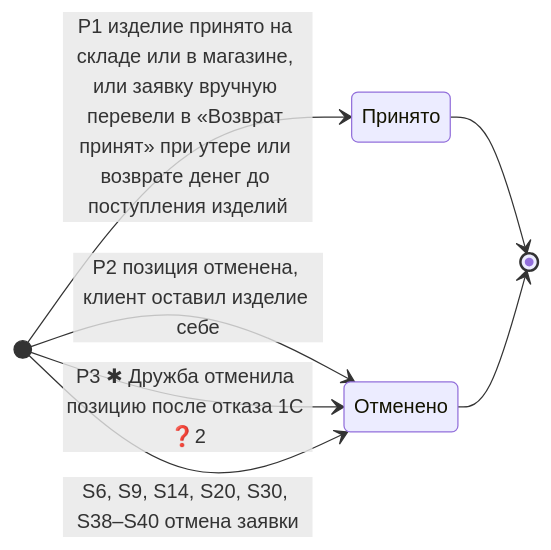
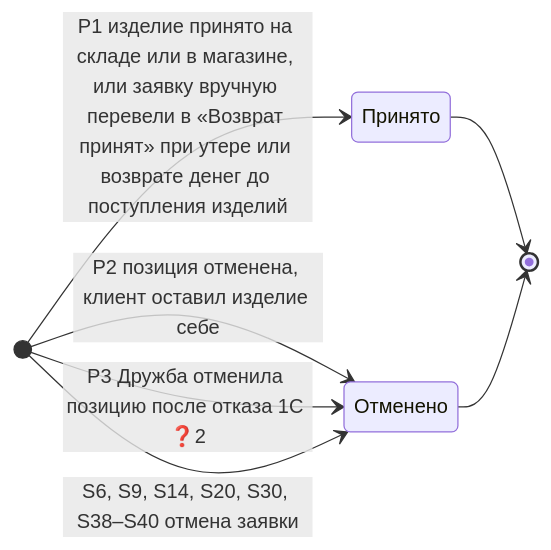
One commit to Terinss155/opencode-agents-analysis changed the second of 3 diagrams in projects/returns-2.0/requirements/diagrams/state/return-status-v4_state.md. Above: the diagram before and after it, drawn with Mermaid. The commit also changed other lines of this file and 565 other files, not shown here.

````diff
--- a/projects/returns-2.0/requirements/diagrams/state/return-status-v4_state.md
+++ b/projects/returns-2.0/requirements/diagrams/state/return-status-v4_state.md
@@ -229,14 +227,14 @@
 ```mermaid
 stateDiagram-v2
     direction LR
 
     state "Принято" as AcceptedWh
     state "Отменено" as PosCancelled
 
     [*] --> AcceptedWh : P1 изделие принято на складе или в магазине, или заявку вручную перевели в «Возврат принят» при утере или возврате денег до поступления изделий
     [*] --> PosCancelled : P2 позиция отменена, клиент оставил изделие себе
-    [*] --> PosCancelled : P3 ✱ Дружба отменила позицию после отказа 1С ❓2
+    [*] --> PosCancelled : P3 Дружба отменила позицию после отказа 1С ❓2
     [*] --> PosCancelled : S6, S9, S14, S20, S30, S38–S40 отмена заявки
     AcceptedWh --> [*]
     PosCancelled --> [*]
 ```
````
